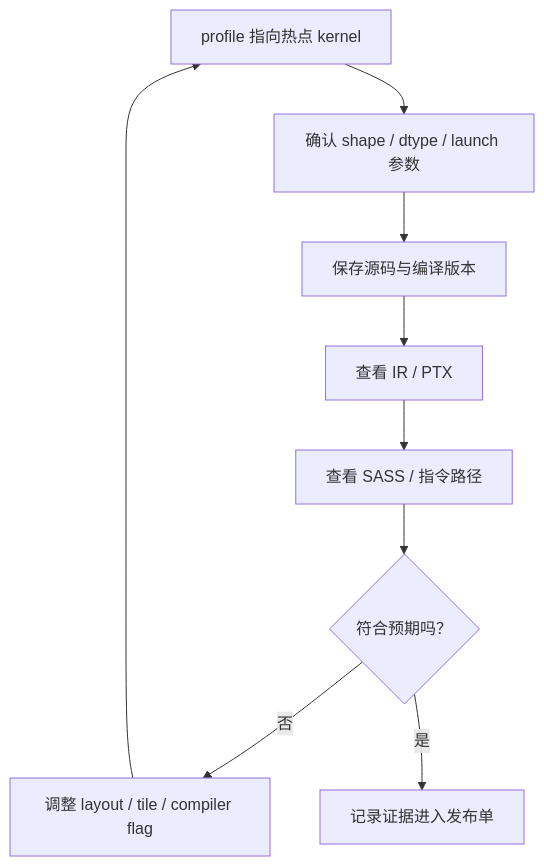
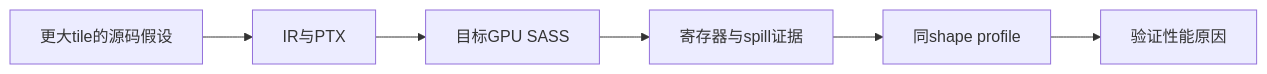
The diagram in files/operators/ptx-sass-and-compiler-inspection.md (Charles2530/Charles-AI-notes), drawn with Mermaid before and after one commit. The commit also changed other lines of this file and 954 other files, not shown here.

````diff
--- a/files/operators/ptx-sass-and-compiler-inspection.md
+++ b/files/operators/ptx-sass-and-compiler-inspection.md
@@ -59,11 +18,4 @@
 ```mermaid
-flowchart TD
-    A["profile 指向热点 kernel"] --> B["确认 shape / dtype / launch 参数"]
-    B --> C["保存源码与编译版本"]
-    C --> D["查看 IR / PTX"]
-    D --> E["查看 SASS / 指令路径"]
-    E --> F{"符合预期吗？"}
-    F -- "否" --> G["调整 layout / tile / compiler flag"]
-    F -- "是" --> H["记录证据进入发布单"]
-    G --> A
+flowchart LR
+  S["更大tile的源码假设"] --> I["IR与PTX"] --> A["目标GPU SASS"] --> R["寄存器与spill证据"] --> P["同shape profile"] --> C["验证性能原因"]
 ```
````
